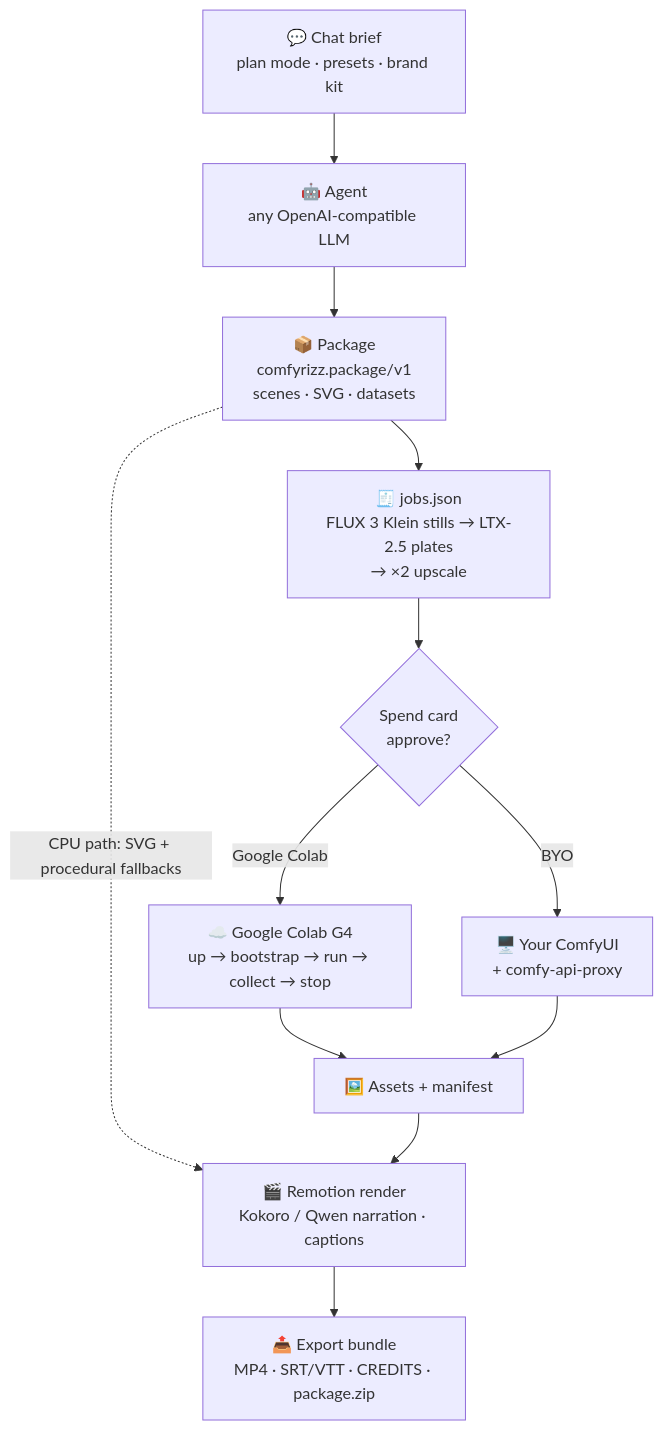
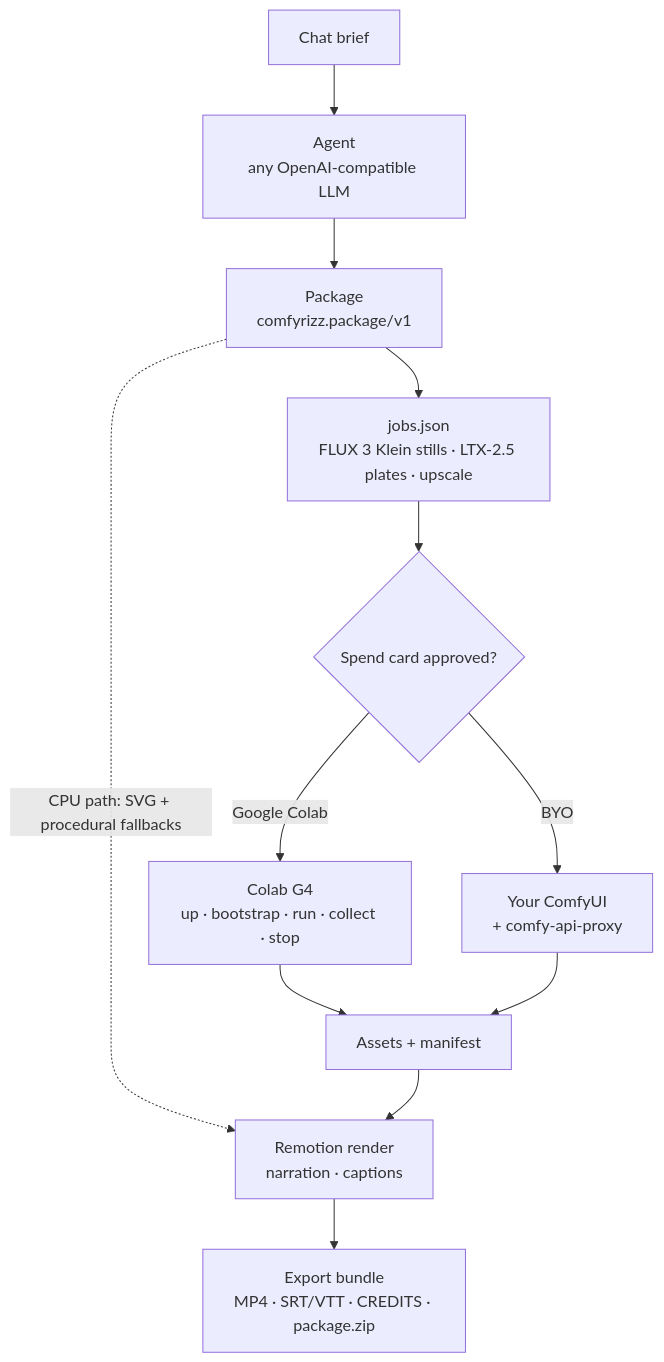
The diagram in README.md (mojomast/comfyrizz), drawn with Mermaid before and after one commit. The commit also changed other lines of this file, not shown here.

````diff
--- a/README.md
+++ b/README.md
@@ -148,14 +103,14 @@
 ```mermaid
 flowchart TD
-    A["💬 Chat brief<br/>plan mode · presets · brand kit"] --> B["🤖 Agent<br/>any OpenAI-compatible LLM"]
-    B --> C["📦 Package<br/>comfyrizz.package/v1<br/>scenes · SVG · datasets"]
-    C --> D["🧾 jobs.json<br/>FLUX 3 Klein stills → LTX-2.5 plates<br/>→ ×2 upscale"]
-    D --> S{"Spend card<br/>approve?"}
-    S -->|Google Colab| E["☁️ Google Colab G4<br/>up → bootstrap → run → collect → stop"]
-    S -->|BYO| F["🖥️ Your ComfyUI<br/>+ comfy-api-proxy"]
-    E --> G["🖼️ Assets + manifest"]
+    A["Chat brief"] --> B["Agent<br/>any OpenAI-compatible LLM"]
+    B --> C["Package<br/>comfyrizz.package/v1"]
+    C --> D["jobs.json<br/>FLUX 3 Klein stills · LTX-2.5 plates · upscale"]
+    D --> S{"Spend card approved?"}
+    S -->|Google Colab| E["Colab G4<br/>up · bootstrap · run · collect · stop"]
+    S -->|BYO| F["Your ComfyUI<br/>+ comfy-api-proxy"]
+    E --> G["Assets + manifest"]
     F --> G
     C -.->|"CPU path: SVG + procedural fallbacks"| H
-    G --> H["🎬 Remotion render<br/>Kokoro / Qwen narration · captions"]
-    H --> I["📤 Export bundle<br/>MP4 · SRT/VTT · CREDITS · package.zip"]
+    G --> H["Remotion render<br/>narration · captions"]
+    H --> I["Export bundle<br/>MP4 · SRT/VTT · CREDITS · package.zip"]
 ```
````
